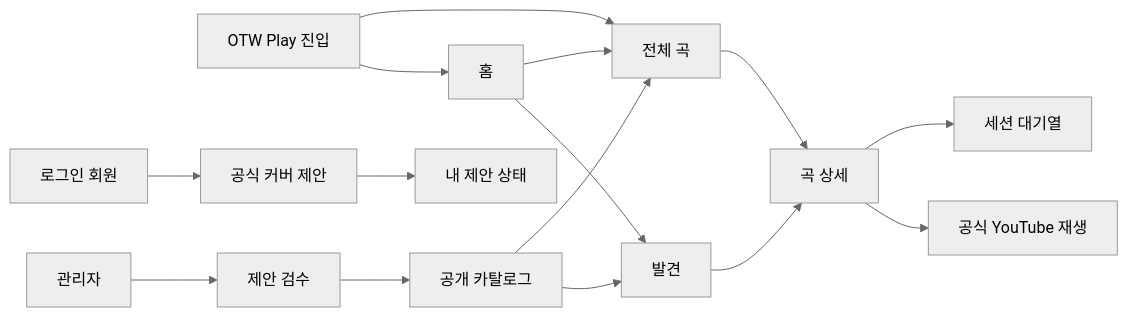
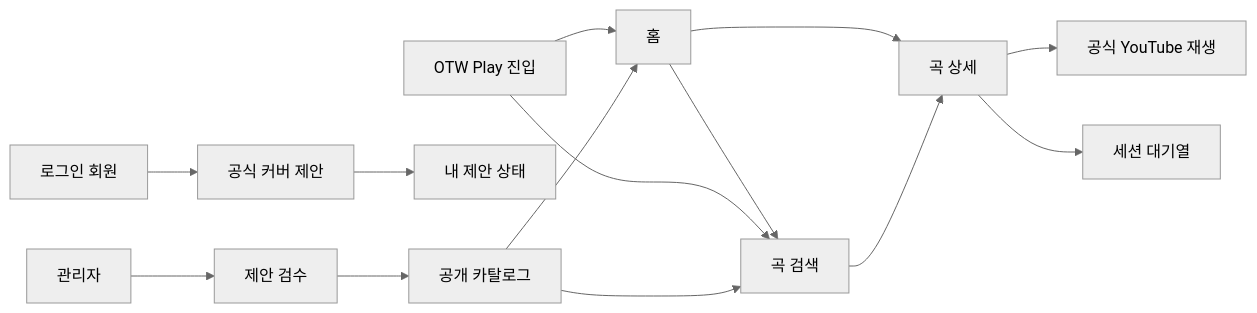
Before and after one commit to rlatmfrl24/overthewall-schedule: the first of 2 diagrams in docs/otw-play-ui-ux-design.md, drawn with Mermaid (neutral theme). The commit also changed other lines of this file and 4 other files, not shown here.

````diff
--- a/docs/otw-play-ui-ux-design.md
+++ b/docs/otw-play-ui-ux-design.md
@@ -110,17 +111,16 @@
 ```mermaid
 flowchart LR
   entry["OTW Play 진입"] --> home["홈"]
-  home --> discover["발견"]
-  home --> catalog
-  entry --> catalog["전체 곡"]
-  discover --> song["곡 상세"]
+  home --> catalog["곡 검색"]
+  entry --> catalog
+  home --> song["곡 상세"]
   catalog --> song
   song --> player["공식 YouTube 재생"]
   song --> queue["세션 대기열"]
   signedIn["로그인 회원"] --> submit["공식 커버 제안"]
   submit --> mine["내 제안 상태"]
   admin["관리자"] --> review["제안 검수"]
   review --> published["공개 카탈로그"]
-  published --> discover
+  published --> home
   published --> catalog
 ```
````
